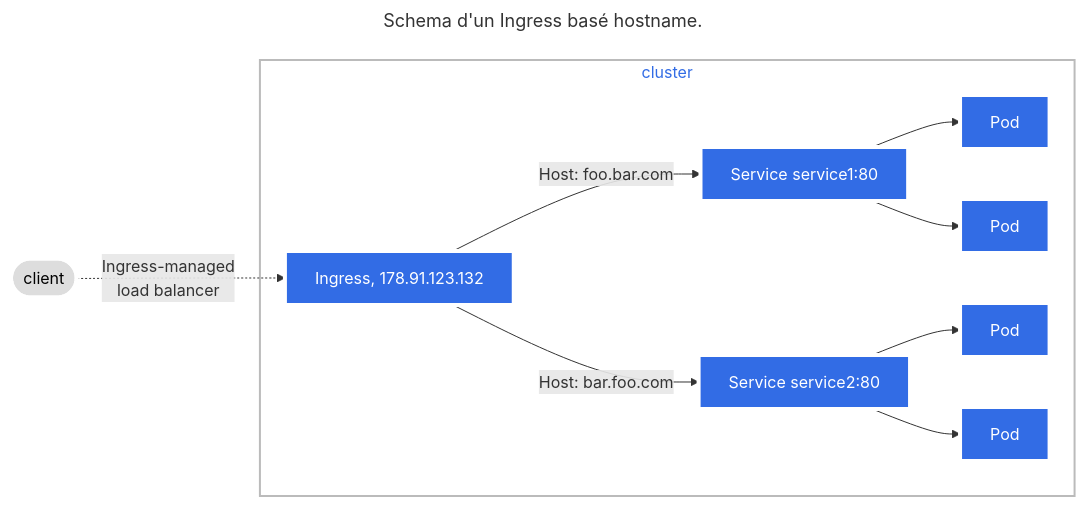
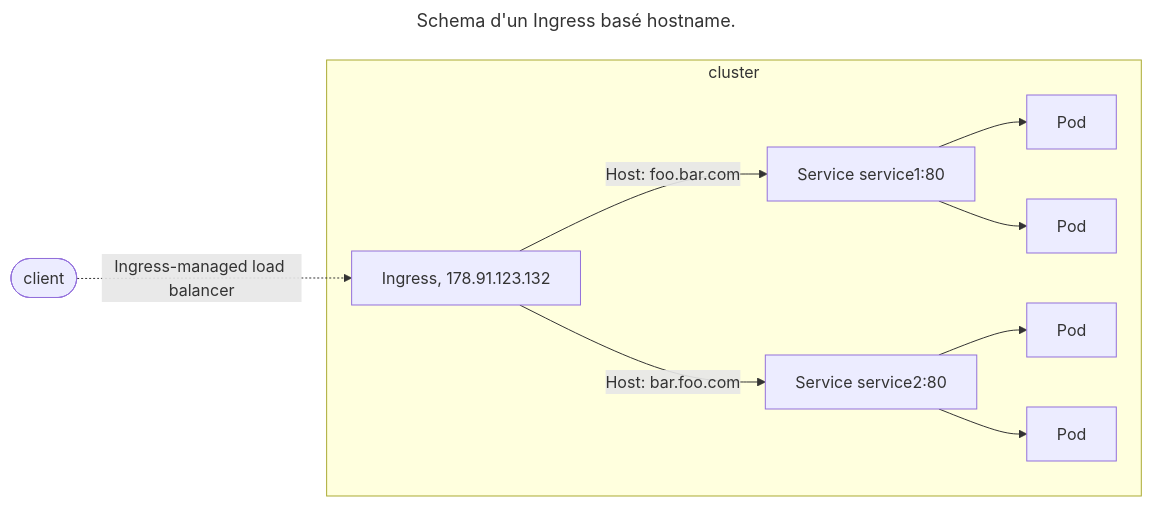
One commit to tavenel/website changed diagram 11 of 13 in src/courses/k8s/cours-k8s-main.md. Above: the diagram before and after it, drawn with Mermaid. The commit also changed other lines of this file and 27 other files, not shown here.

Commit message:
move plantuml to mermaid -- WIP

````diff
--- a/src/courses/k8s/cours-k8s-main.md
+++ b/src/courses/k8s/cours-k8s-main.md
@@ -932,24 +925,17 @@
 ```mermaid
 ---
 title: Schema d'un Ingress basé hostname.
 ---
 
 graph LR;
-  client([client])-. Ingress-managed <br> load balancer .->ingress[Ingress, 178.91.123.132];
+  client([client])-. Ingress-managed load balancer .->ingress[Ingress, 178.91.123.132];
   ingress-->|Host: foo.bar.com|service1[Service service1:80];
   ingress-->|Host: bar.foo.com|service2[Service service2:80];
   subgraph cluster
   ingress;
   service1-->pod1[Pod];
   service1-->pod2[Pod];
   service2-->pod3[Pod];
   service2-->pod4[Pod];
   end
-  classDef plain fill:#ddd,stroke:#fff,stroke-width:4px,color:#000;
-  classDef k8s fill:#326ce5,stroke:#fff,stroke-width:4px,color:#fff;
-  classDef cluster fill:#fff,stroke:#bbb,stroke-width:2px,color:#326ce5;
-  class ingress,service1,service2,pod1,pod2,pod3,pod4 k8s;
-  class client plain;
-  class cluster cluster;
-
 ```
````
